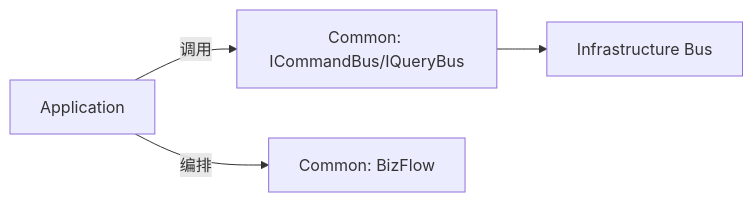
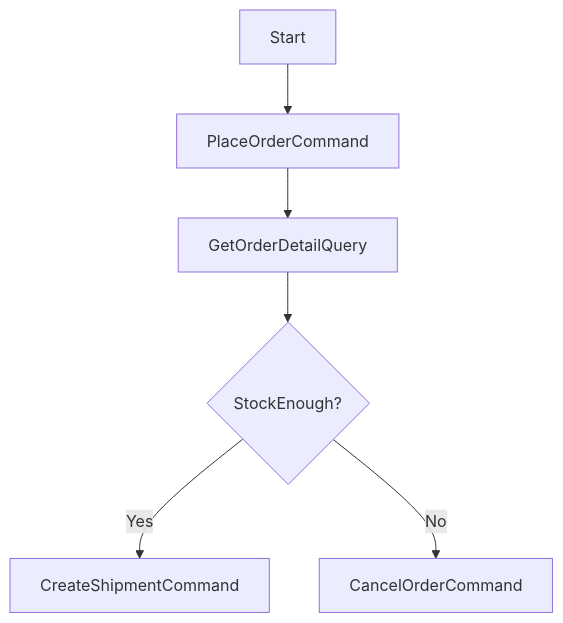
Before and after one commit to ANTHEM37/easy-ddd: the diagram in easy-ddd-common/README.md, drawn with Mermaid. The commit also changed other lines of this file and 5 other files, not shown here.

First line of the commit message:
docs(easy-ddd): 更新模块文档并统一架构图

````diff
--- a/easy-ddd-common/README.md
+++ b/easy-ddd-common/README.md
@@ -30,6 +16,8 @@
 ```mermaid
-graph LR
-    A[Application] -- 调用 --> B[Common: ICommandBus/IQueryBus]
-    A -- 编排 --> C[Common: BizFlow]
-    B --> D[Infrastructure Bus]
+flowchart TD
+  Start --> Cmd[PlaceOrderCommand]
+  Cmd --> Qry[GetOrderDetailQuery]
+  Qry --> Cond{StockEnough?}
+  Cond -- Yes --> Ship[CreateShipmentCommand]
+  Cond -- No --> Fail[CancelOrderCommand]
 ```
````
